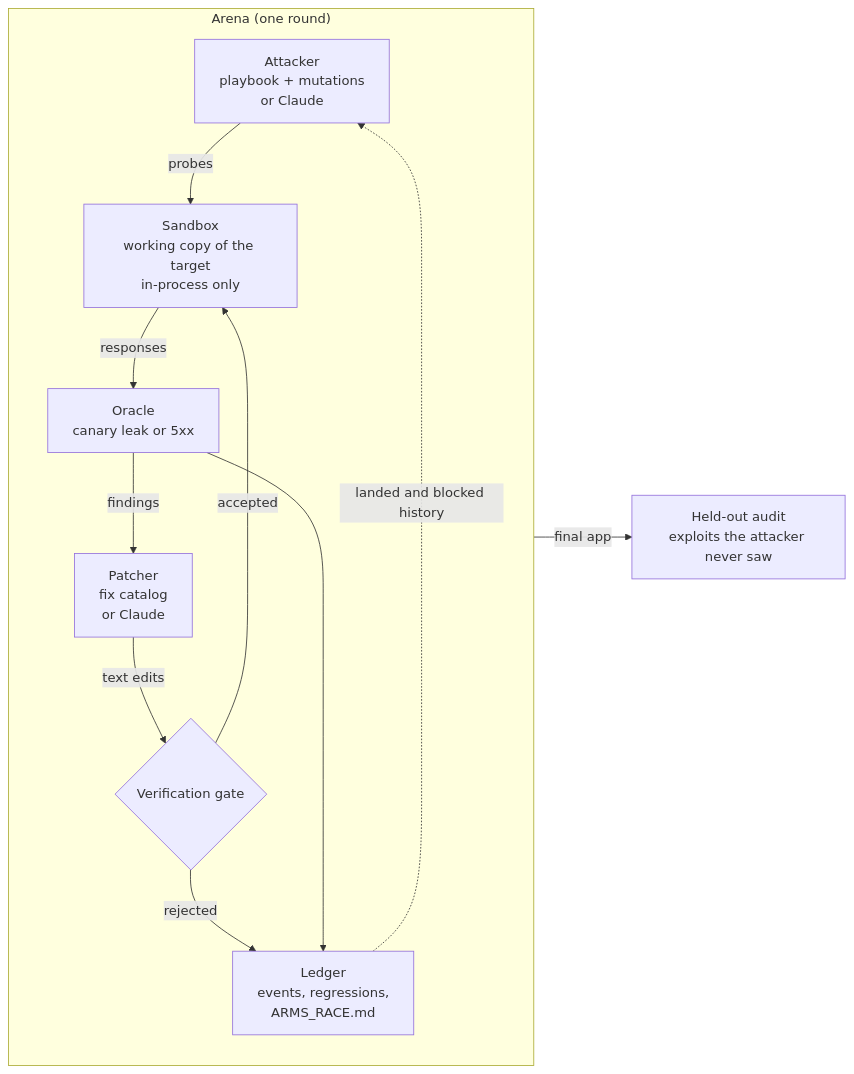
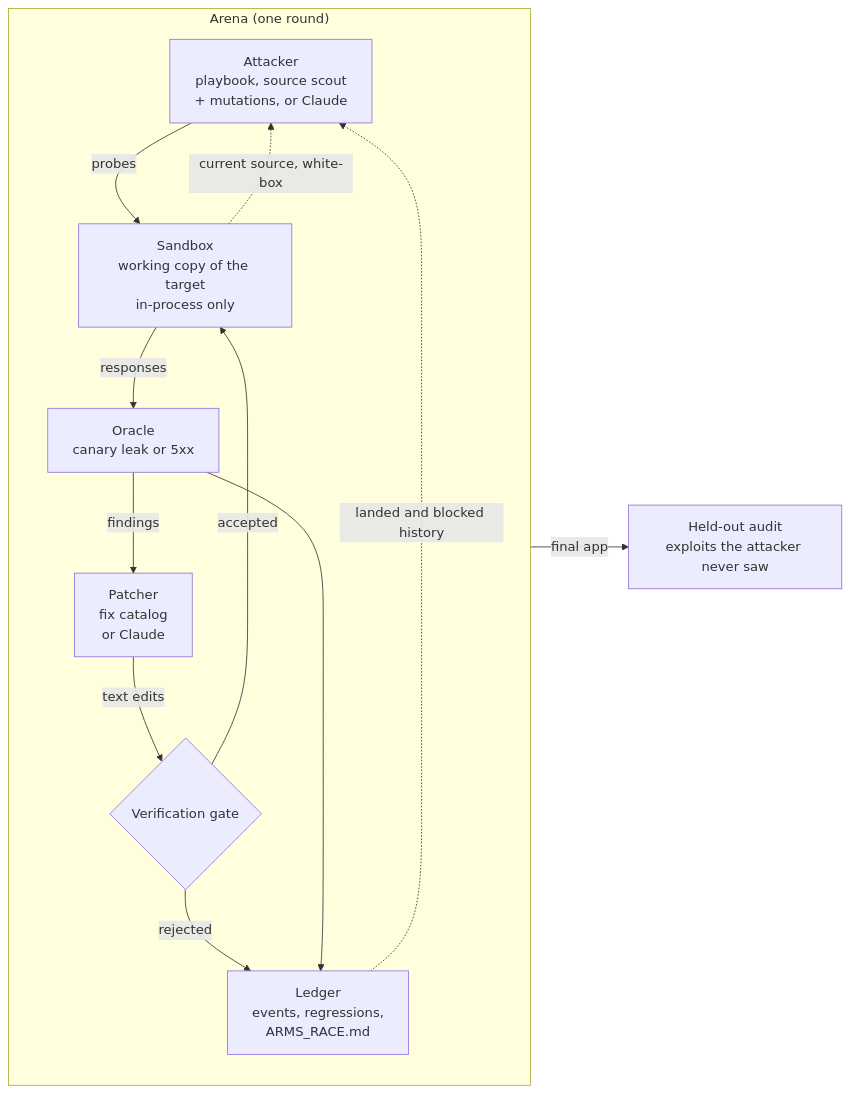
One commit to AkshayTallikar/codebase-red-team changed the diagram in README.md. Above: the diagram before and after it, drawn with Mermaid. The commit also changed other lines of this file and 11 other files, not shown here.

````diff
--- a/README.md
+++ b/README.md
@@ -78,14 +107,15 @@
 ```mermaid
 flowchart LR
     subgraph Arena["Arena (one round)"]
-        A["Attacker<br/>playbook + mutations<br/>or Claude"] -->|probes| S["Sandbox<br/>working copy of the target<br/>in-process only"]
+        A["Attacker<br/>playbook, source scout<br/>+ mutations, or Claude"] -->|probes| S["Sandbox<br/>working copy of the target<br/>in-process only"]
         S -->|responses| O["Oracle<br/>canary leak or 5xx"]
         O -->|findings| P["Patcher<br/>fix catalog<br/>or Claude"]
         P -->|text edits| G{"Verification gate"}
         G -->|accepted| S
         G -->|rejected| L
         O --> L["Ledger<br/>events, regressions,<br/>ARMS_RACE.md"]
     end
     L -.->|landed and blocked history| A
+    S -.->|current source, white-box| A
     Arena -->|final app| AU["Held-out audit<br/>exploits the attacker never saw"]
 ```
````
